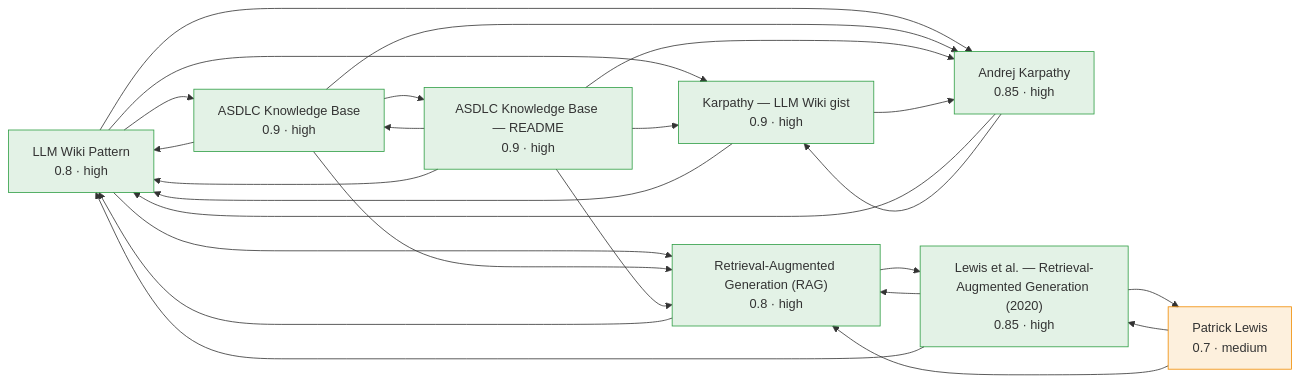
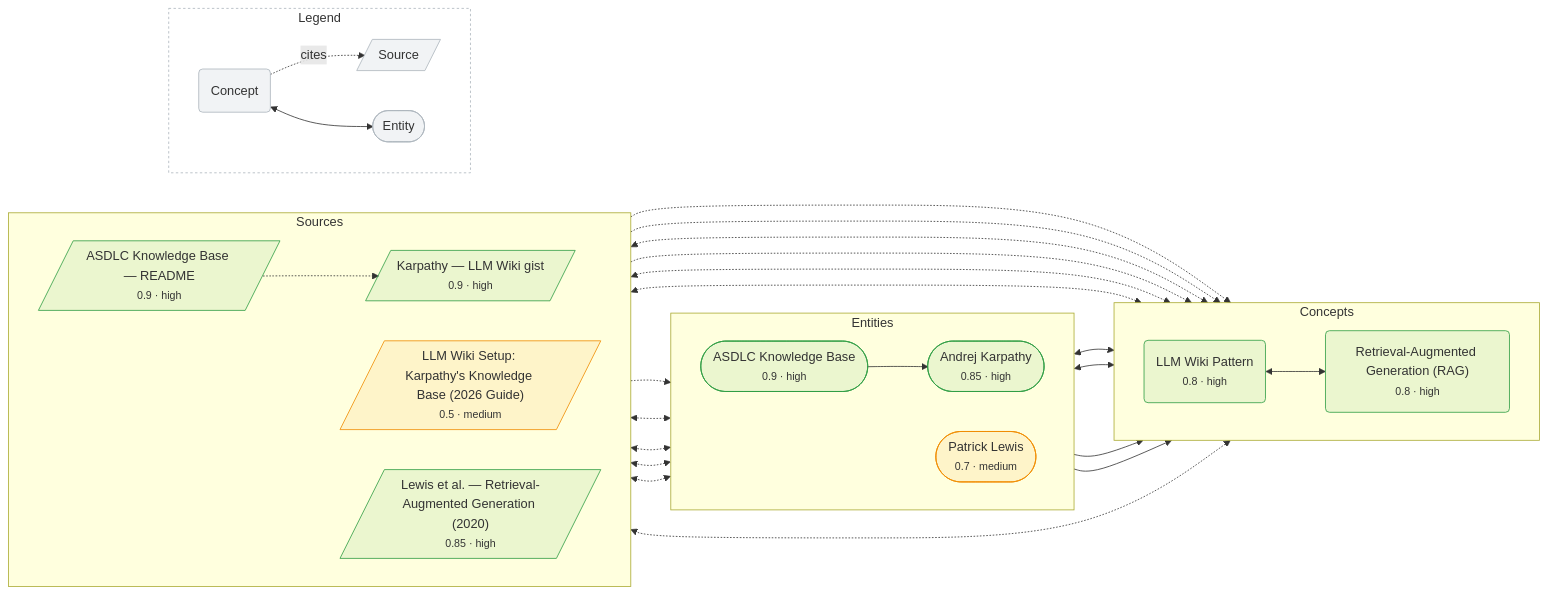
One commit to jvanheerikhuize/asdlc-knowledge changed the diagram in .asdlc/knowledge/wiki/index.md. Above: the diagram before and after it, drawn with Mermaid. The commit also changed other lines of this file and 2 other files, not shown here.

Commit message:
feat(viz): richer, human-readable knowledge graph
Rework the Mermaid graph so it is granular and interpretable at a glance:
group nodes into per-layer subgraphs (Concepts/Entities/Sources), give each
type a distinct shape, collapse reciprocal wikilinks into single bidirectional
edges, draw source citations dotted vs solid relates-to links, and add a
legend plus a prose key. Regenerate index.md/mkdocs.yml (now includes the
llm-wiki-setup-guide-2026 source).

````diff
--- a/.asdlc/knowledge/wiki/index.md
+++ b/.asdlc/knowledge/wiki/index.md
@@ -9,43 +15,61 @@
 ```mermaid
 graph LR
-  llm_wiki_pattern["LLM Wiki Pattern<br/>0.8 · high"]
-  style llm_wiki_pattern fill:#2f9e4422,stroke:#2f9e44
-  retrieval_augmented_generation["Retrieval-Augmented Generation (RAG)<br/>0.8 · high"]
-  style retrieval_augmented_generation fill:#2f9e4422,stroke:#2f9e44
-  andrej_karpathy["Andrej Karpathy<br/>0.85 · high"]
-  style andrej_karpathy fill:#2f9e4422,stroke:#2f9e44
-  asdlc_knowledge_base["ASDLC Knowledge Base<br/>0.9 · high"]
-  style asdlc_knowledge_base fill:#2f9e4422,stroke:#2f9e44
-  patrick_lewis["Patrick Lewis<br/>0.7 · medium"]
-  style patrick_lewis fill:#f08c0022,stroke:#f08c00
-  asdlc_knowledge_readme["ASDLC Knowledge Base — README<br/>0.9 · high"]
-  style asdlc_knowledge_readme fill:#2f9e4422,stroke:#2f9e44
-  karpathy_llm_wiki["Karpathy — LLM Wiki gist<br/>0.9 · high"]
-  style karpathy_llm_wiki fill:#2f9e4422,stroke:#2f9e44
-  rag_lewis_2020["Lewis et al. — Retrieval-Augmented Generation (2020)<br/>0.85 · high"]
-  style rag_lewis_2020 fill:#2f9e4422,stroke:#2f9e44
-  llm_wiki_pattern --> retrieval_augmented_generation
-  llm_wiki_pattern --> karpathy_llm_wiki
-  llm_wiki_pattern --> andrej_karpathy
-  llm_wiki_pattern --> asdlc_knowledge_base
-  retrieval_augmented_generation --> rag_lewis_2020
-  retrieval_augmented_generation --> llm_wiki_pattern
-  andrej_karpathy --> llm_wiki_pattern
-  andrej_karpathy --> karpathy_llm_wiki
-  asdlc_knowledge_base --> llm_wiki_pattern
-  asdlc_knowledge_base --> asdlc_knowledge_readme
+  subgraph concept_layer["Concepts"]
+    direction LR
+    llm_wiki_pattern("LLM Wiki Pattern<br/><small>0.8 · high</small>")
+    retrieval_augmented_generation("Retrieval-Augmented Generation (RAG)<br/><small>0.8 · high</small>")
+  end
+  subgraph entity_layer["Entities"]
+    direction LR
+    andrej_karpathy(["Andrej Karpathy<br/><small>0.85 · high</small>"])
+    asdlc_knowledge_base(["ASDLC Knowledge Base<br/><small>0.9 · high</small>"])
+    patrick_lewis(["Patrick Lewis<br/><small>0.7 · medium</small>"])
+  end
+  subgraph source_layer["Sources"]
+    direction LR
+    asdlc_knowledge_readme[/"ASDLC Knowledge Base — README<br/><small>0.9 · high</small>"/]
+    karpathy_llm_wiki[/"Karpathy — LLM Wiki gist<br/><small>0.9 · high</small>"/]
+    llm_wiki_setup_guide_2026[/"LLM Wiki Setup: Karpathy's Knowledge Base (2026 Guide)<br/><small>0.5 · medium</small>"/]
+    rag_lewis_2020[/"Lewis et al. — Retrieval-Augmented Generation (2020)<br/><small>0.85 · high</small>"/]
+  end
   asdlc_knowledge_base --> andrej_karpathy
+  asdlc_knowledge_readme -.-> andrej_karpathy
+  andrej_karpathy <-.-> karpathy_llm_wiki
+  andrej_karpathy <--> llm_wiki_pattern
+  andrej_karpathy <-.-> llm_wiki_setup_guide_2026
+  asdlc_knowledge_base <-.-> asdlc_knowledge_readme
+  asdlc_knowledge_base <--> llm_wiki_pattern
   asdlc_knowledge_base --> retrieval_augmented_generation
-  patrick_lewis --> rag_lewis_2020
+  asdlc_knowledge_readme -.-> karpathy_llm_wiki
+  asdlc_knowledge_readme -.-> llm_wiki_pattern
+  asdlc_knowledge_readme -.-> retrieval_augmented_generation
+  karpathy_llm_wiki <-.-> llm_wiki_pattern
+  llm_wiki_pattern <-.-> llm_wiki_setup_guide_2026
+  rag_lewis_2020 -.-> llm_wiki_pattern
+  llm_wiki_pattern <--> retrieval_augmented_generation
+  llm_wiki_setup_guide_2026 <-.-> retrieval_augmented_generation
+  patrick_lewis <-.-> rag_lewis_2020
   patrick_lewis --> retrieval_augmented_generation
-  asdlc_knowledge_readme --> asdlc_knowledge_base
-  asdlc_knowledge_readme --> llm_wiki_pattern
-  asdlc_knowledge_readme --> retrieval_augmented_generation
-  asdlc_knowledge_readme --> andrej_karpathy
-  asdlc_knowledge_readme --> karpathy_llm_wiki
-  karpathy_llm_wiki --> andrej_karpathy
-  karpathy_llm_wiki --> llm_wiki_pattern
-  rag_lewis_2020 --> retrieval_augmented_generation
-  rag_lewis_2020 --> patrick_lewis
-  rag_lewis_2020 --> llm_wiki_pattern
+  rag_lewis_2020 <-.-> retrieval_augmented_generation
+  style llm_wiki_pattern fill:#2f9e4418,stroke:#2f9e44,stroke-width:1px
+  style retrieval_augmented_generation fill:#2f9e4418,stroke:#2f9e44,stroke-width:1px
+  style andrej_karpathy fill:#2f9e4418,stroke:#2f9e44,stroke-width:1px
+  style asdlc_knowledge_base fill:#2f9e4418,stroke:#2f9e44,stroke-width:1px
+  style patrick_lewis fill:#f08c0018,stroke:#f08c00,stroke-width:1px
+  style asdlc_knowledge_readme fill:#2f9e4418,stroke:#2f9e44,stroke-width:1px
+  style karpathy_llm_wiki fill:#2f9e4418,stroke:#2f9e44,stroke-width:1px
+  style llm_wiki_setup_guide_2026 fill:#f08c0018,stroke:#f08c00,stroke-width:1px
+  style rag_lewis_2020 fill:#2f9e4418,stroke:#2f9e44,stroke-width:1px
+  subgraph legend["Legend"]
+    direction LR
+    lg_c("Concept")
+    lg_e(["Entity"])
+    lg_s[/"Source"/]
+    lg_c -.->|cites| lg_s
+    lg_c <--> lg_e
+  end
+  style legend fill:none,stroke:#adb5bd,stroke-dasharray:3 3
+  style lg_c fill:#f1f3f5,stroke:#adb5bd
+  style lg_e fill:#f1f3f5,stroke:#adb5bd
+  style lg_s fill:#f1f3f5,stroke:#adb5bd
 ```
````
